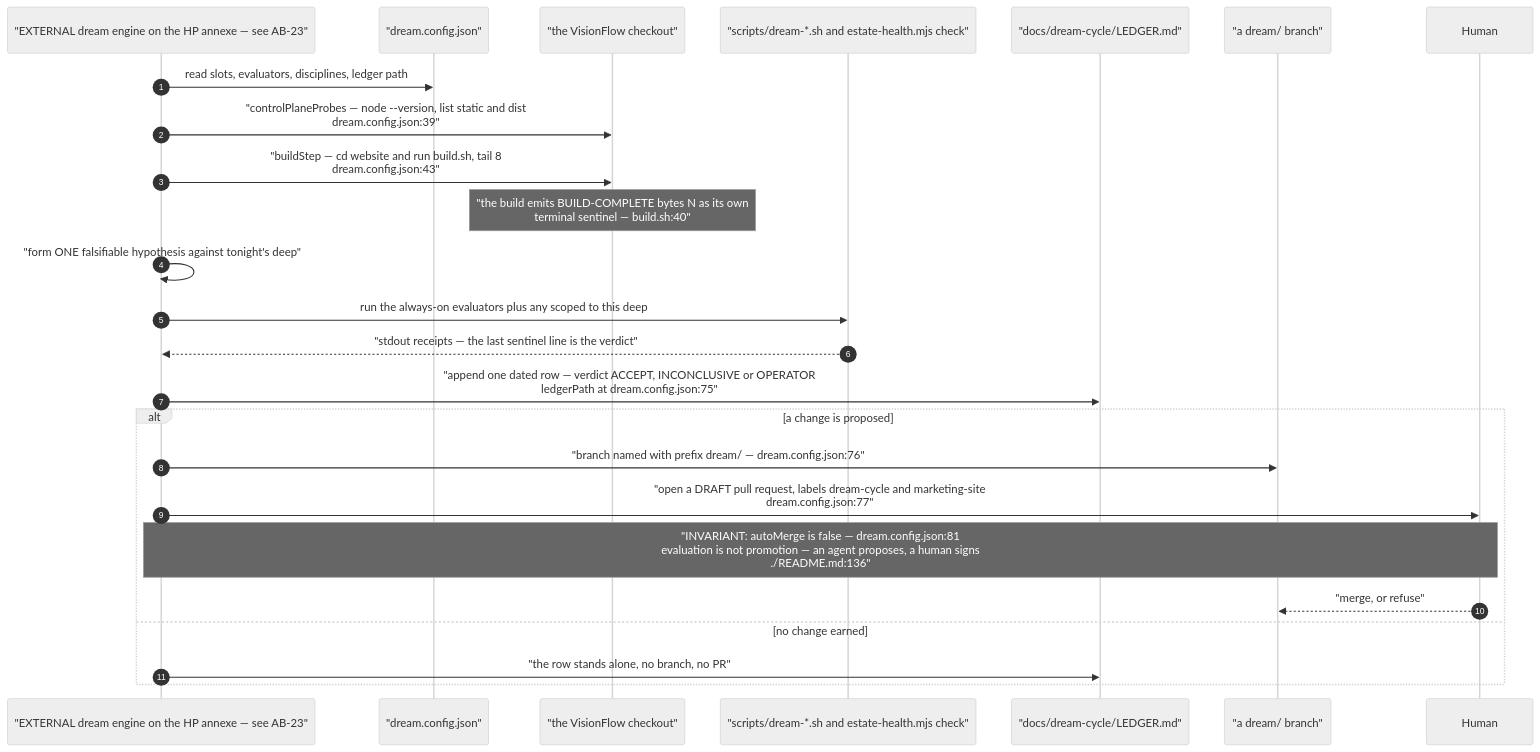
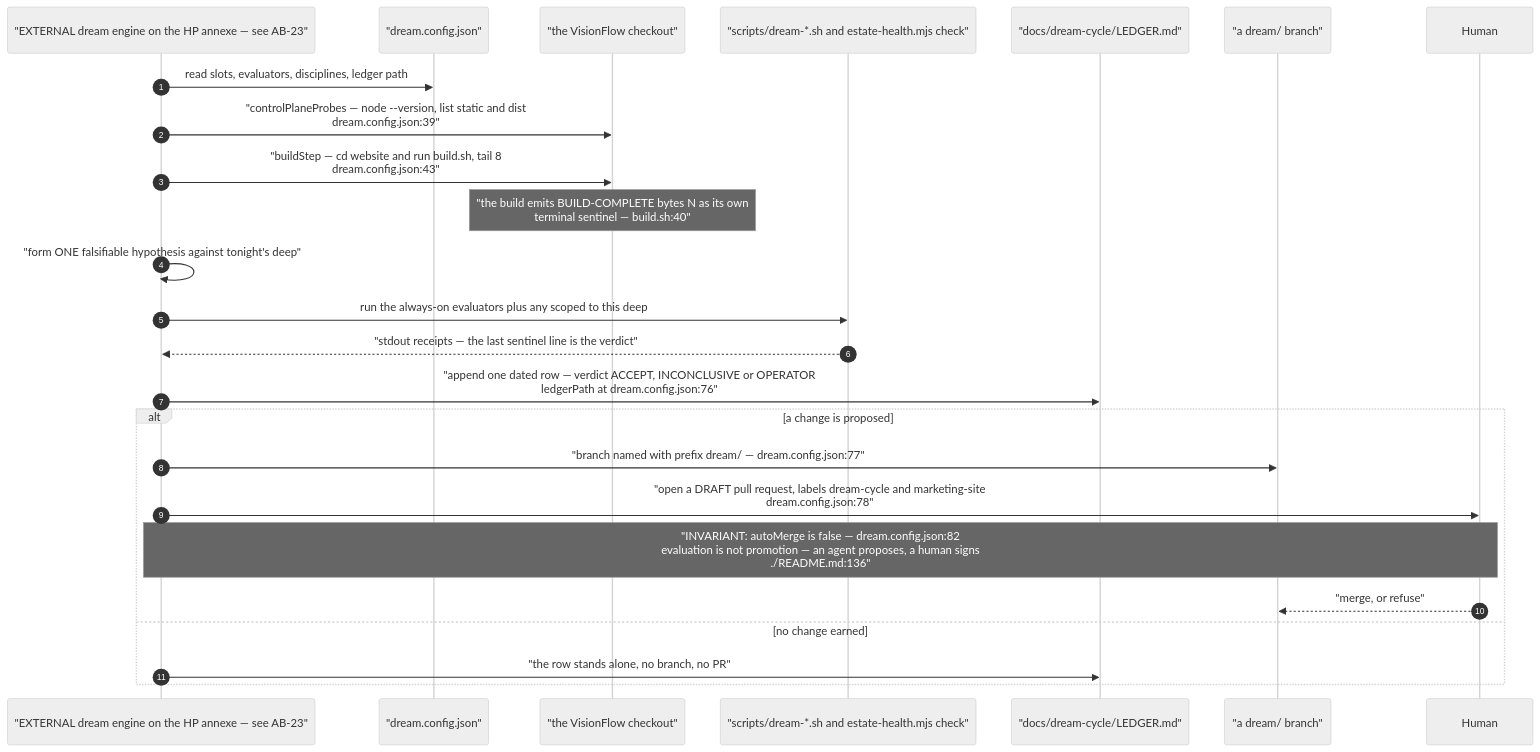
Before and after one commit to DreamLab-AI/VisionFlow: the fifth of 9 diagrams in docs/diagrams/visionflow/04-dream-cycle-integration.md, drawn with Mermaid (neutral theme). The commit also changed other lines of this file and 21 other files, not shown here.

Commit message:
docs(diagrams): refresh first verified estate batch

````diff
--- a/docs/diagrams/visionflow/04-dream-cycle-integration.md
+++ b/docs/diagrams/visionflow/04-dream-cycle-integration.md
@@ -156,28 +156,28 @@
 ```mermaid
 sequenceDiagram
     autonumber
     participant ENG as "EXTERNAL dream engine on the HP annexe — see AB-23"
     participant CFG as "dream.config.json"
     participant REPO as "the VisionFlow checkout"
     participant EV as "scripts/dream-*.sh and estate-health.mjs check"
     participant LED as "docs/dream-cycle/LEDGER.md"
     participant BR as "a dream/ branch"
     participant H as Human
 
     ENG->>CFG: read slots, evaluators, disciplines, ledger path
     ENG->>REPO: "controlPlaneProbes — node --version, list static and dist<br/>dream.config.json:39"
     ENG->>REPO: "buildStep — cd website and run build.sh, tail 8<br/>dream.config.json:43"
     Note over REPO: "the build emits BUILD-COMPLETE bytes N as its own<br/>terminal sentinel — build.sh:40"
     ENG->>ENG: "form ONE falsifiable hypothesis against tonight's deep"
     ENG->>EV: run the always-on evaluators plus any scoped to this deep
     EV-->>ENG: "stdout receipts — the last sentinel line is the verdict"
-    ENG->>LED: "append one dated row — verdict ACCEPT, INCONCLUSIVE or OPERATOR<br/>ledgerPath at dream.config.json:75"
+    ENG->>LED: "append one dated row — verdict ACCEPT, INCONCLUSIVE or OPERATOR<br/>ledgerPath at dream.config.json:76"
     alt a change is proposed
-        ENG->>BR: "branch named with prefix dream/ — dream.config.json:76"
-        ENG->>H: "open a DRAFT pull request, labels dream-cycle and marketing-site<br/>dream.config.json:77"
-        Note over ENG,H: "INVARIANT: autoMerge is false — dream.config.json:81<br/>evaluation is not promotion — an agent proposes, a human signs<br/>./README.md:136"
+        ENG->>BR: "branch named with prefix dream/ — dream.config.json:77"
+        ENG->>H: "open a DRAFT pull request, labels dream-cycle and marketing-site<br/>dream.config.json:78"
+        Note over ENG,H: "INVARIANT: autoMerge is false — dream.config.json:82<br/>evaluation is not promotion — an agent proposes, a human signs<br/>./README.md:136"
         H-->>BR: "merge, or refuse"
     else no change earned
         ENG->>LED: "the row stands alone, no branch, no PR"
     end
 ```
````
